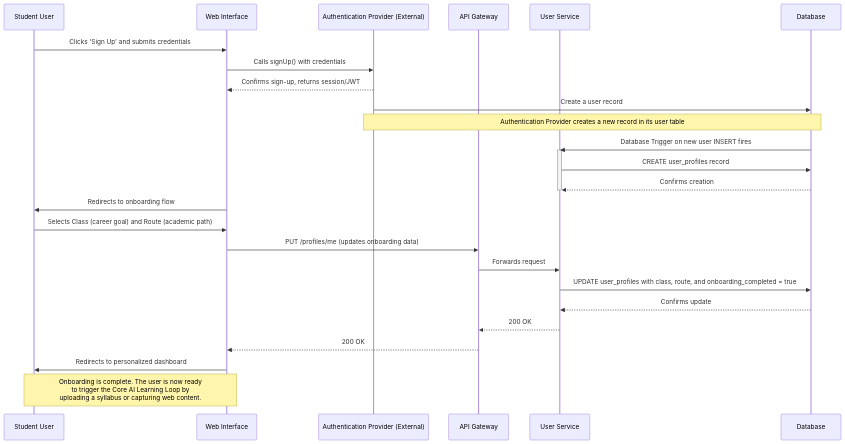
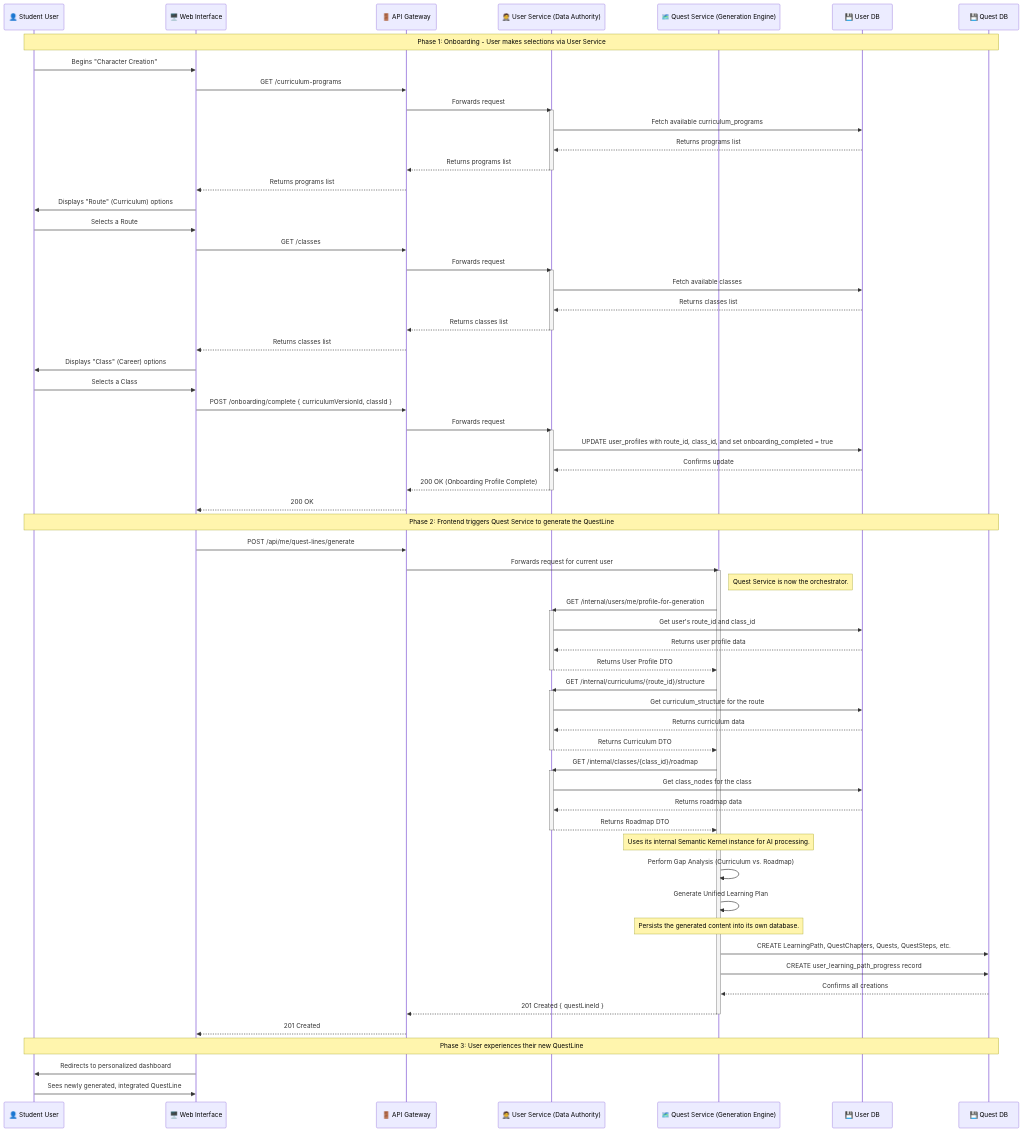
The diagram in mermaid-diagrams/sequence/01-student-onboarding.md (FA25SE050-RogueLearn/RogueLearn.BMAD.Documentation), drawn with Mermaid before and after one commit. The commit also changed other lines of this file and 6 other files, not shown here.

Commit message:
update the service database , with an addition of future service, rename code battle into event services

````diff
--- a/mermaid-diagrams/sequence/01-student-onboarding.md
+++ b/mermaid-diagrams/sequence/01-student-onboarding.md
@@ -3,37 +7,102 @@
 ```mermaid
 sequenceDiagram
-    participant U as Student User
-    participant UI as Web Interface
-    participant AuthProvider as Authentication Provider (External)
-    participant APIGateway as API Gateway
-    participant UserService as User Service
-    participant Database as Database
+    participant User as 👤 Student User
+    participant Frontend as 🖥️ Web Interface
+    participant APIGateway as 🚪 API Gateway
+    participant UserService as 🤵 User Service (Data Authority)
+    participant QuestService as 🗺️ Quest Service (Generation Engine)
+    participant UserDB as 💾 User DB
+    participant QuestDB as 💾 Quest DB
 
-    %% Step 1: User Registration via SDK %%
-    U->>UI: Clicks 'Sign Up' and submits credentials
-    UI->>AuthProvider: Calls signUp() with credentials
-    AuthProvider-->>UI: Confirms sign-up, returns session/JWT
-    AuthProvider->>Database: Create a user record
+    %% Phase 1: Onboarding - User Profile Configuration (User Service owned)
+    Note over User, QuestDB: Phase 1: Onboarding - User makes selections via User Service
 
-    %% Step 2: Backend Profile Creation via DB Trigger %%
-    Note over AuthProvider, Database: Authentication Provider creates a new record in its user table
-    Database->>UserService: Database Trigger on new user INSERT fires
+    User->>Frontend: Begins "Character Creation"
+    Frontend->>APIGateway: GET /curriculum-programs
+    APIGateway->>UserService: Forwards request
+    
     activate UserService
-    UserService->>Database: CREATE user_profiles record
-    Database-->>UserService: Confirms creation
+    UserService->>UserDB: Fetch available curriculum_programs
+    UserDB-->>UserService: Returns programs list
+    UserService-->>APIGateway: Returns programs list
+    deactivate UserService
+
+    APIGateway-->>Frontend: Returns programs list
+    Frontend->>User: Displays "Route" (Curriculum) options
+    User->>Frontend: Selects a Route
+
+    Frontend->>APIGateway: GET /classes
+    APIGateway->>UserService: Forwards request
+
+    activate UserService
+    UserService->>UserDB: Fetch available classes
+    UserDB-->>UserService: Returns classes list
+    UserService-->>APIGateway: Returns classes list
     deactivate UserService
     
-    %% Step 3: User is redirected to complete the onboarding wizard %%
-    UI->>U: Redirects to onboarding flow
-    U->>UI: Selects Class (career goal) and Route (academic path)
-    UI->>APIGateway: PUT /profiles/me (updates onboarding data)
+    APIGateway-->>Frontend: Returns classes list
+    Frontend->>User: Displays "Class" (Career) options
+    User->>Frontend: Selects a Class
+
+    Frontend->>APIGateway: POST /onboarding/complete { curriculumVersionId, classId }
     APIGateway->>UserService: Forwards request
-    UserService->>Database: UPDATE user_profiles with class, route, and onboarding_completed = true
-    Database-->>UserService: Confirms update
-    UserService-->>APIGateway: 200 OK
-    APIGateway-->>UI: 200 OK
+    
+    activate UserService
+    UserService->>UserDB: UPDATE user_profiles with route_id, class_id, and set onboarding_completed = true
+    UserDB-->>UserService: Confirms update
+    UserService-->>APIGateway: 200 OK (Onboarding Profile Complete)
+    deactivate UserService
+    APIGateway-->>Frontend: 200 OK
 
-    %% Step 4: User lands on the dashboard %%
-    UI->>U: Redirects to personalized dashboard
-    Note over U, UI: Onboarding is complete. The user is now ready<br/>to trigger the Core AI Learning Loop by<br/>uploading a syllabus or capturing web content.
+    %% Phase 2: QuestLine Generation Trigger (Quest Service owned)
+    Note over User, QuestDB: Phase 2: Frontend triggers Quest Service to generate the QuestLine
+
+    Frontend->>APIGateway: POST /api/me/quest-lines/generate
+    APIGateway->>QuestService: Forwards request for current user
+    
+    activate QuestService
+    Note right of QuestService: Quest Service is now the orchestrator.
+
+    %% Step 2a: Quest Service fetches required data from User Service
+    QuestService->>UserService: GET /internal/users/me/profile-for-generation
+    activate UserService
+    UserService->>UserDB: Get user's route_id and class_id
+    UserDB-->>UserService: Returns user profile data
+    UserService-->>QuestService: Returns User Profile DTO
+    deactivate UserService
+
+    QuestService->>UserService: GET /internal/curriculums/{route_id}/structure
+    activate UserService
+    UserService->>UserDB: Get curriculum_structure for the route
+    UserDB-->>UserService: Returns curriculum data
+    UserService-->>QuestService: Returns Curriculum DTO
+    deactivate UserService
+
+    QuestService->>UserService: GET /internal/classes/{class_id}/roadmap
+    activate UserService
+    UserService->>UserDB: Get class_nodes for the class
+    UserDB-->>UserService: Returns roadmap data
+    UserService-->>QuestService: Returns Roadmap DTO
+    deactivate UserService
+
+    %% Step 2b: Quest Service performs internal AI processing
+    Note over QuestService: Uses its internal Semantic Kernel instance for AI processing.
+    QuestService->>QuestService: Perform Gap Analysis (Curriculum vs. Roadmap)
+    QuestService->>QuestService: Generate Unified Learning Plan
+
+    %% Step 2c: Quest Service persists the gamified content
+    Note over QuestService: Persists the generated content into its own database.
+    QuestService->>QuestDB: CREATE LearningPath, QuestChapters, Quests, QuestSteps, etc.
+    QuestService->>QuestDB: CREATE user_learning_path_progress record
+    QuestDB-->>QuestService: Confirms all creations
+    
+    QuestService-->>APIGateway: 201 Created { questLineId }
+    deactivate QuestService
+    APIGateway-->>Frontend: 201 Created
+
+    %% Phase 3: User Experience
+    Note over User, QuestDB: Phase 3: User experiences their new QuestLine
+
+    Frontend->>User: Redirects to personalized dashboard
+    User->>Frontend: Sees newly generated, integrated QuestLine
 ```
````
